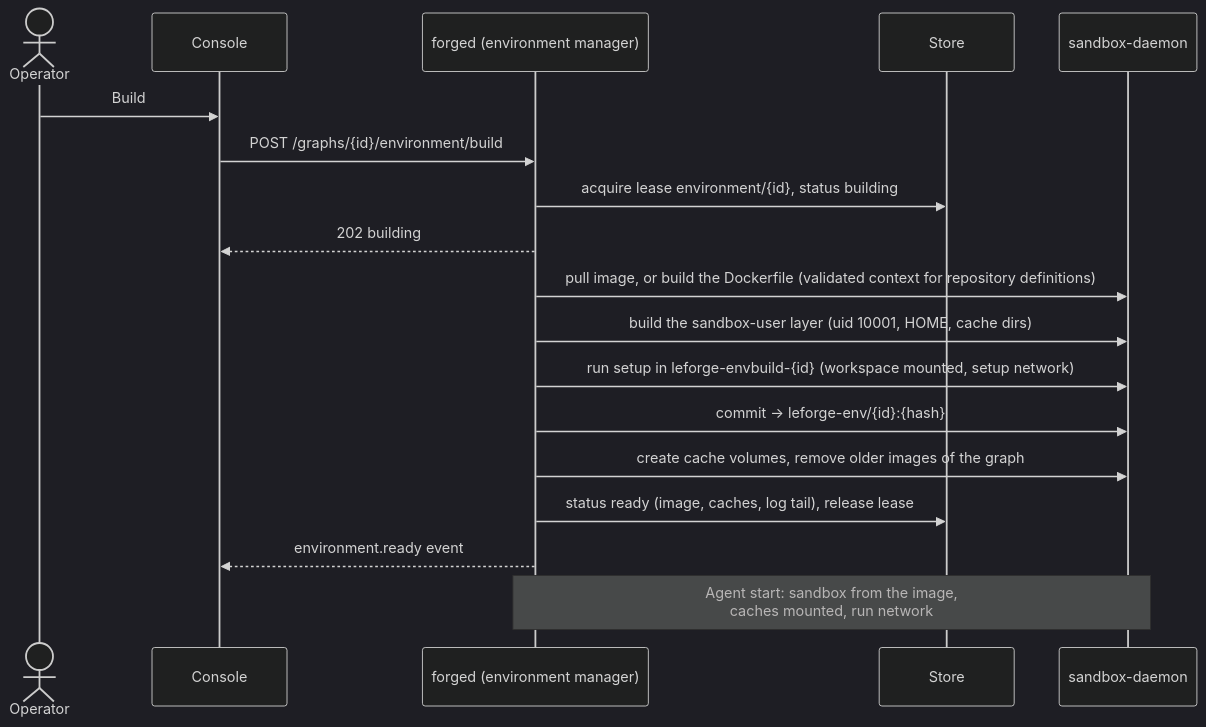
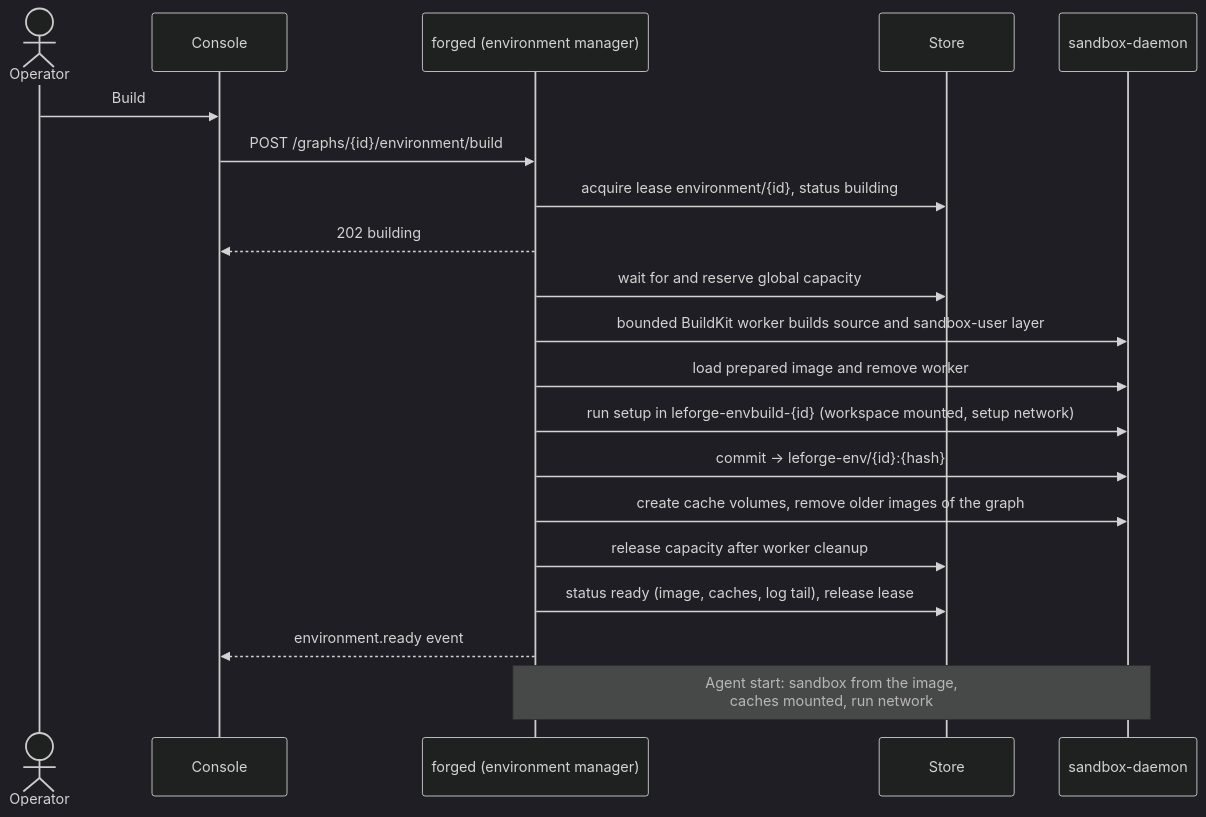
Before and after one commit to woliveiras/le-forge: the diagram in docs/environments.md, drawn with Mermaid (dark theme). The commit also changed other lines of this file and 18 other files, not shown here.

Commit message:
feat: bound environment build and setup capacity

````diff
--- a/docs/environments.md
+++ b/docs/environments.md
@@ -369,20 +400,22 @@
 ```mermaid
 sequenceDiagram
   actor Op as Operator
   participant UI as Console
   participant F as forged (environment manager)
   participant S as Store
   participant D as sandbox-daemon
   Op->>UI: Build
   UI->>F: POST /graphs/{id}/environment/build
   F->>S: acquire lease environment/{id}, status building
   F-->>UI: 202 building
-  F->>D: pull image, or build the Dockerfile (validated context for repository definitions)
-  F->>D: build the sandbox-user layer (uid 10001, HOME, cache dirs)
+  F->>S: wait for and reserve global capacity
+  F->>D: bounded BuildKit worker builds source and sandbox-user layer
+  F->>D: load prepared image and remove worker
   F->>D: run setup in leforge-envbuild-{id} (workspace mounted, setup network)
   F->>D: commit → leforge-env/{id}:{hash}
   F->>D: create cache volumes, remove older images of the graph
+  F->>S: release capacity after worker cleanup
   F->>S: status ready (image, caches, log tail), release lease
   F-->>UI: environment.ready event
   Note over F,D: Agent start: sandbox from the image,<br/>caches mounted, run network
 ```
````
